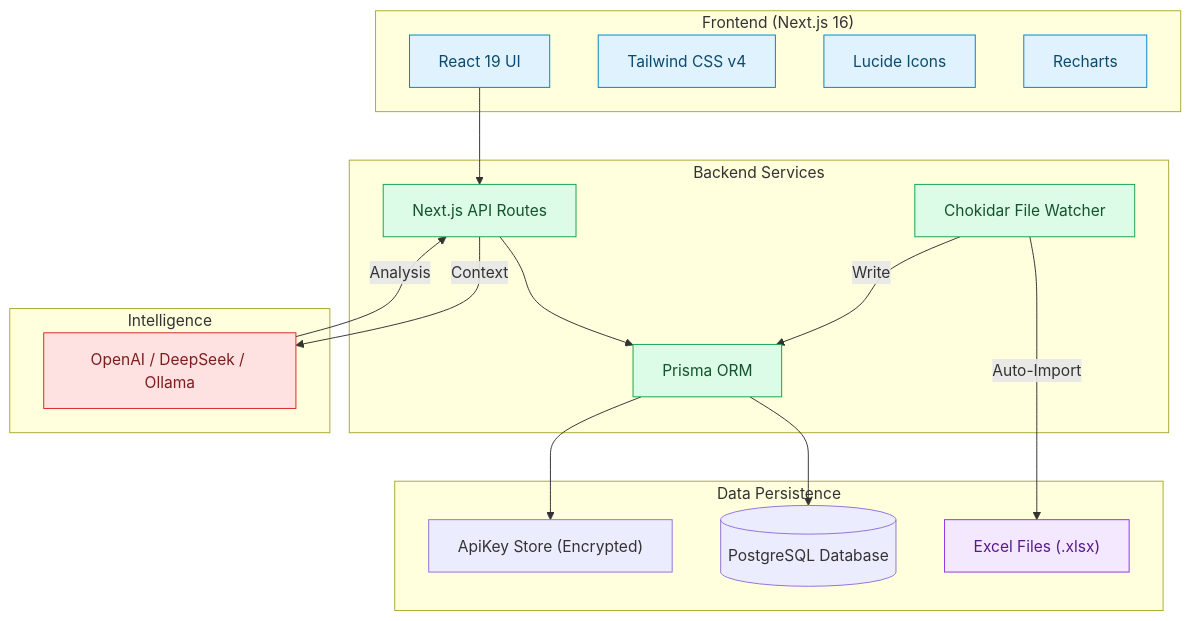
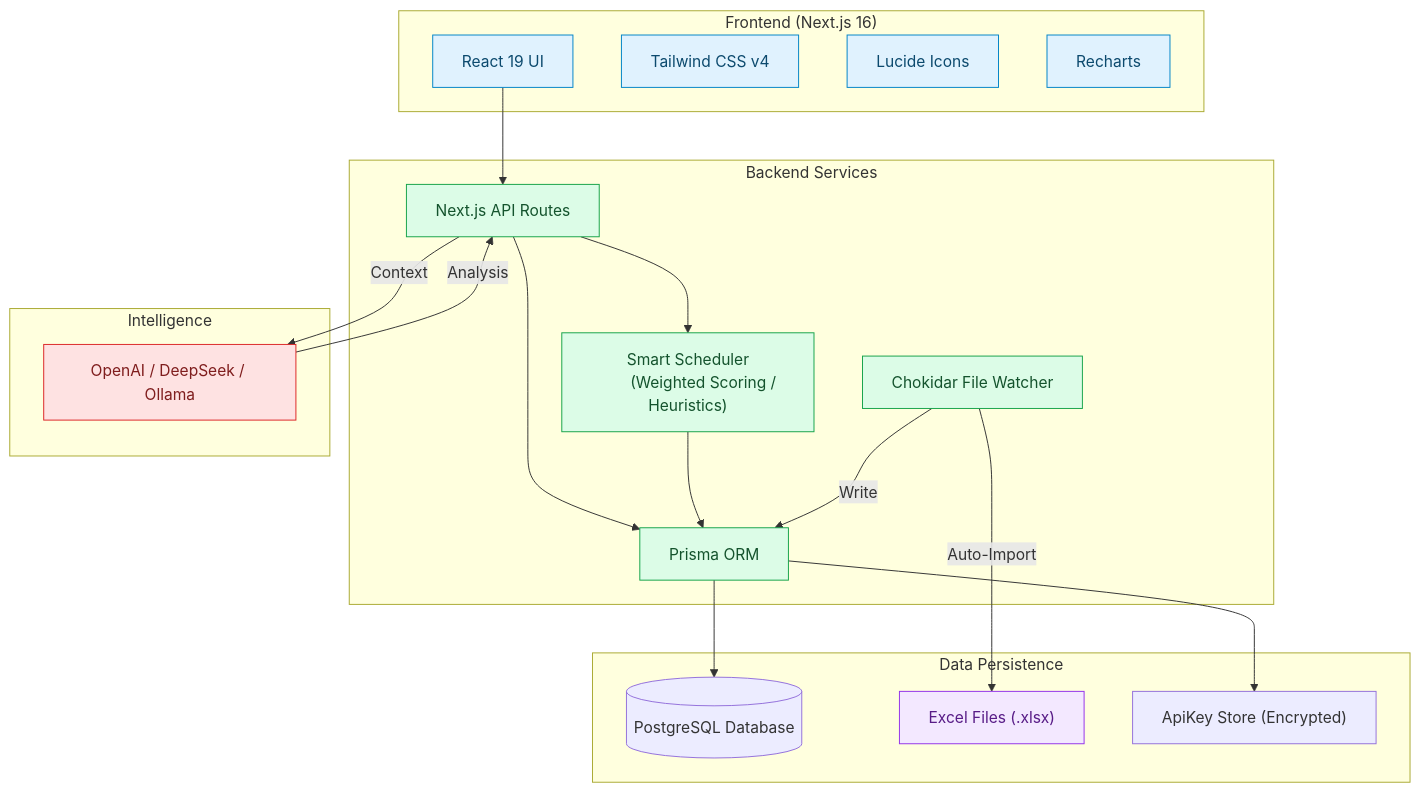
Before and after one commit to Tropical8818/iProTraX: the second of 2 diagrams in README.md, drawn with Mermaid. The commit also changed other lines of this file and 1 other file, not shown here.

Commit message:
docs: update diagrams with smart scheduler architecture

````diff
--- a/README.md
+++ b/README.md
@@ -168,46 +173,50 @@
 ```mermaid
 flowchart TB
     subgraph Client ["Frontend (Next.js 16)"]
         UI[React 19 UI]
         TW[Tailwind CSS v4]
         Icon[Lucide Icons]
         Chart[Recharts]
     end
 
     subgraph Server ["Backend Services"]
         API[Next.js API Routes]
+        Scheduler["Smart Scheduler
+        (Weighted Scoring / Heuristics)"]
         Watcher[Chokidar File Watcher]
         Prisma[Prisma ORM]
     end
 
     subgraph Data ["Data Persistence"]
         Postgres[(PostgreSQL Database)]
         Excel["Excel Files (.xlsx)"]
         ApiKeyStore["ApiKey Store (Encrypted)"]
     end
 
     subgraph AI ["Intelligence"]
         OpenAI["OpenAI / DeepSeek / Ollama"]
     end
 
     %% Connections
     UI --> API
     API --> Prisma
+    API --> Scheduler
+    Scheduler --> Prisma
     Prisma --> Postgres
     Prisma --> ApiKeyStore
     Watcher -->|Auto-Import| Excel
     Watcher -->|Write| Prisma
     API -->|Context| OpenAI
     OpenAI -->|Analysis| API
 
     %% Styling
     classDef fe fill:#e0f2fe,stroke:#0284c7,color:#0c4a6e;
     classDef be fill:#dcfce7,stroke:#16a34a,color:#14532d;
     classDef db fill:#f3e8ff,stroke:#9333ea,color:#581c87;
     classDef ai fill:#fee2e2,stroke:#dc2626,color:#7f1d1d;
 
     class UI,TW,Icon,Chart fe;
-    class API,Watcher,Prisma be;
+    class API,Watcher,Prisma,Scheduler be;
     class SQLite,Excel db;
     class OpenAI ai;
 ```
````
